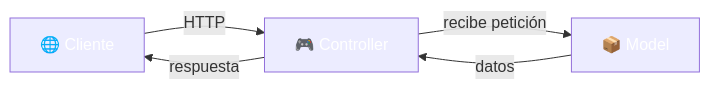
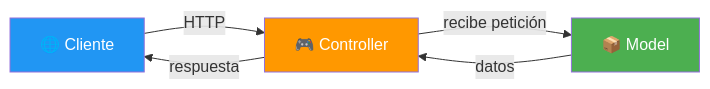
Before and after one commit to joseluisgs/DesarrolloWebEntornosServidor-02-2026-2027: the first of 3 diagrams in 04-controladores-mvc.md, drawn with Mermaid. The commit also changed other lines of this file and 29 other files, not shown here.

Commit message:
docs: corregir estilos Mermaid y estilo, quitar referencias a la Tienda y reestructurar los retos 13 y 15

````diff
--- a/04-controladores-mvc.md
+++ b/04-controladores-mvc.md
@@ -58,10 +58,10 @@
 ```mermaid
 flowchart LR
     A["🌐 Cliente"] -->|HTTP| B["🎮 Controller"]
     B -->|"recibe petición"| C["📦 Model"]
     C -->|"datos"| B
     B -->|"respuesta"| A
-    style A fill:#2196F,color:#fff3,color:#fff
-    style B fill:#FF980,color:#fff0,color:#fff
-    style C fill:#4CAF5,color:#fff0,color:#fff
+    style A fill:#2196F3,color:#fff
+    style B fill:#FF9800,color:#fff
+    style C fill:#4CAF50,color:#fff
 ```
````
